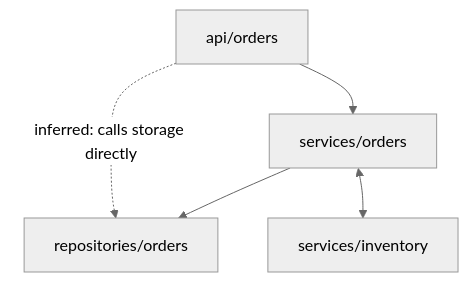
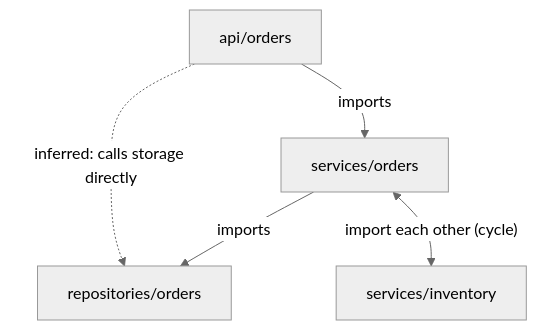
Before and after one commit to bilawalbaig8/hire-an-engineer: the fifth of 6 diagrams in skills/software-architect/references/diagrams.md, drawn with Mermaid (neutral theme). The commit also changed other lines of this file and 11 other files, not shown here.

Commit message:
fix: architect knowledge after whole-branch review (outbox, lockstep, ADR rule, recover scripts, diagram templates)

````diff
--- a/skills/software-architect/references/diagrams.md
+++ b/skills/software-architect/references/diagrams.md
@@ -108,7 +112,7 @@
 ```mermaid
 flowchart TD
-  api["api/orders"] --> svc["services/orders"]
-  svc --> repo["repositories/orders"]
-  svc <--> inv["services/inventory"]
+  api["api/orders"] -->|"imports"| svc["services/orders"]
+  svc -->|"imports"| repo["repositories/orders"]
+  svc <-->|"import each other (cycle)"| inv["services/inventory"]
   api -. "inferred: calls storage directly" .-> repo
 ```
````
